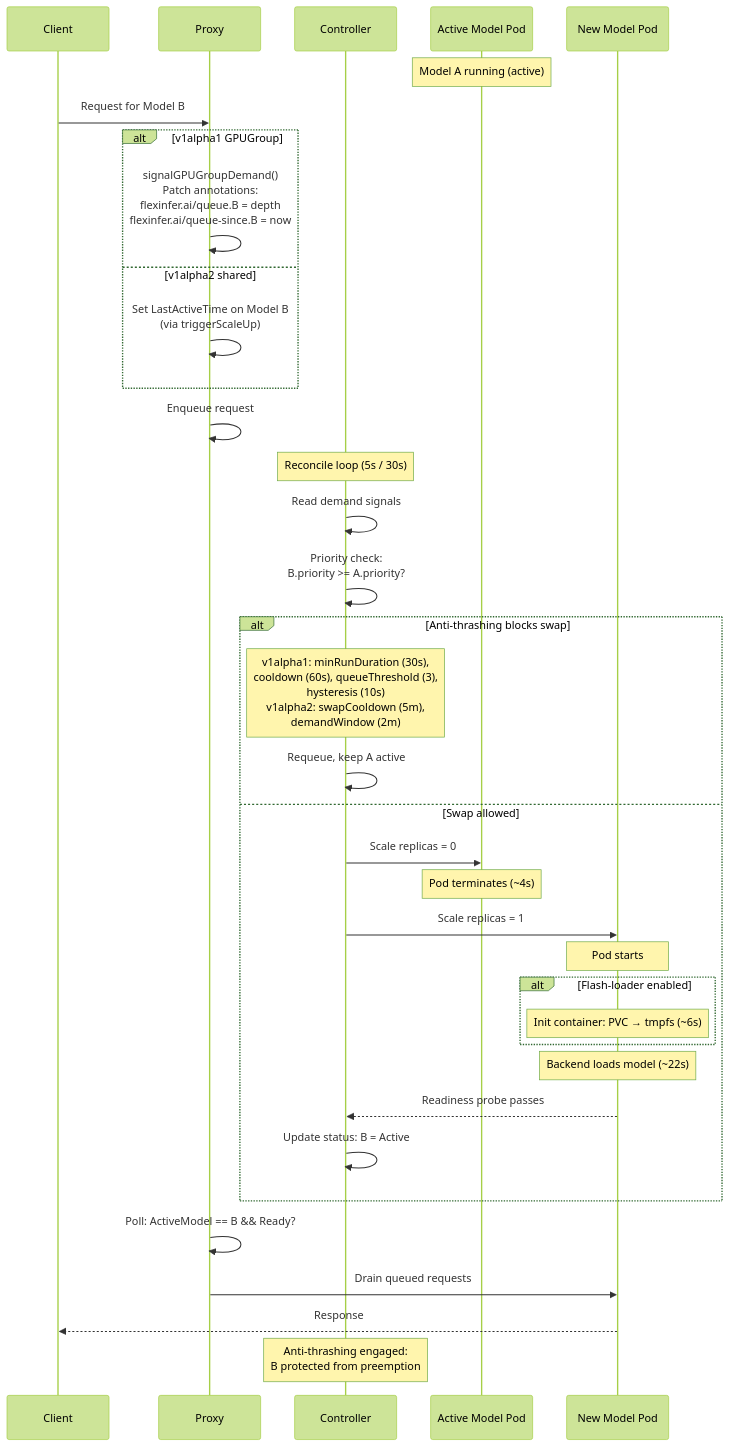
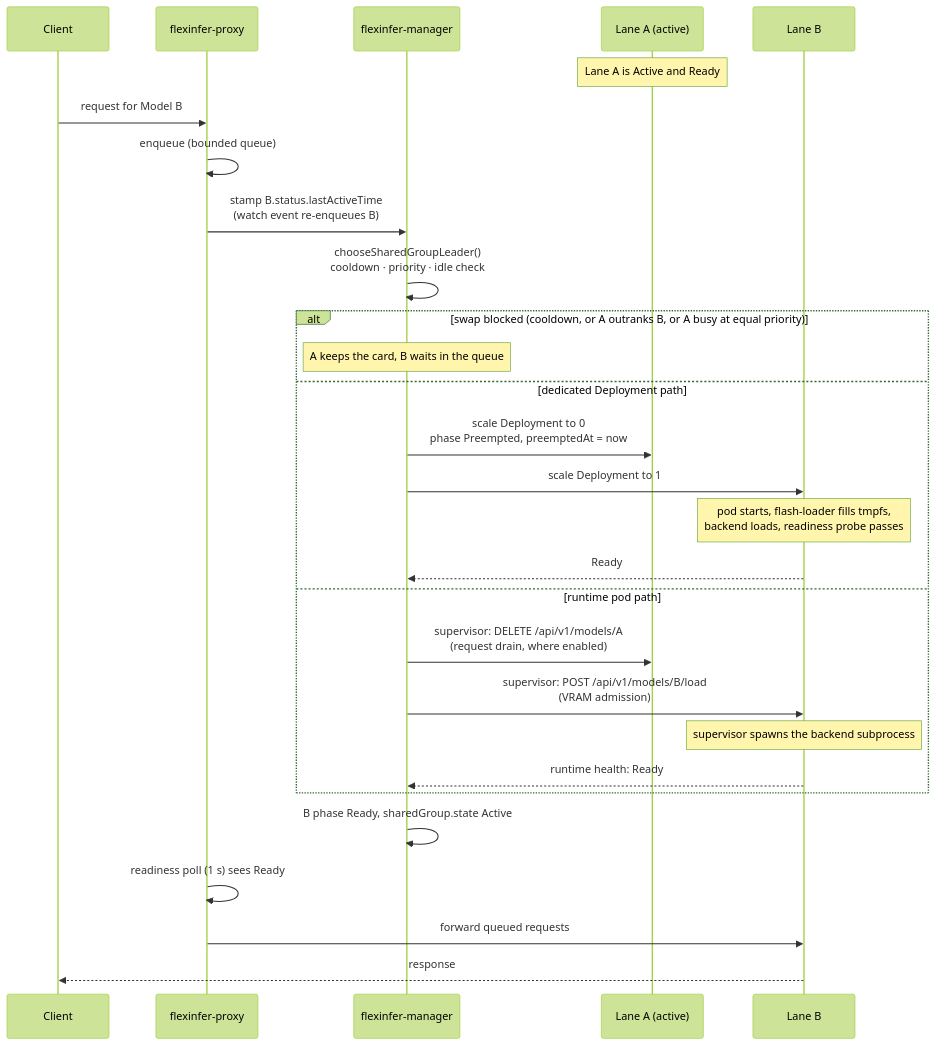
One commit to flexinfer/flexinfer changed the fifth of 7 diagrams in docs/dev/architecture.md. Above: the diagram before and after it, drawn with Mermaid (forest theme). The commit also changed other lines of this file and 7 other files, not shown here.

````diff
--- a/docs/dev/architecture.md
+++ b/docs/dev/architecture.md
@@ -260,48 +284,33 @@
 ```mermaid
 sequenceDiagram
     participant C as Client
-    participant P as Proxy
-    participant Ctrl as Controller
-    participant A as Active Model Pod
-    participant N as New Model Pod
+    participant P as flexinfer-proxy
+    participant Ctrl as flexinfer-manager
+    participant A as Lane A (active)
+    participant B as Lane B
 
-    Note over A: Model A running (active)
-    C->>P: Request for Model B
+    Note over A: Lane A is Active and Ready
+    C->>P: request for Model B
+    P->>P: enqueue (bounded queue)
+    P->>Ctrl: stamp B.status.lastActiveTime<br/>(watch event re-enqueues B)
+    Ctrl->>Ctrl: chooseSharedGroupLeader()<br/>cooldown · priority · idle check
 
-    alt v1alpha1 GPUGroup
-        P->>P: signalGPUGroupDemand()<br/>Patch annotations:<br/>flexinfer.ai/queue.B = depth<br/>flexinfer.ai/queue-since.B = now
-    else v1alpha2 shared
-        P->>P: Set LastActiveTime on Model B<br/>(via triggerScaleUp)
+    alt swap blocked (cooldown, or A outranks B, or A busy at equal priority)
+        Note over Ctrl: A keeps the card, B waits in the queue
+    else dedicated Deployment path
+        Ctrl->>A: scale Deployment to 0<br/>phase Preempted, preemptedAt = now
+        Ctrl->>B: scale Deployment to 1
+        Note over B: pod starts, flash-loader fills tmpfs,<br/>backend loads, readiness probe passes
+        B-->>Ctrl: Ready
+    else runtime pod path
+        Ctrl->>A: supervisor: DELETE /api/v1/models/A<br/>(request drain, where enabled)
+        Ctrl->>B: supervisor: POST /api/v1/models/B/load<br/>(VRAM admission)
+        Note over B: supervisor spawns the backend subprocess
+        B-->>Ctrl: runtime health: Ready
     end
 
-    P->>P: Enqueue request
-
-    Note over Ctrl: Reconcile loop (5s / 30s)
-    Ctrl->>Ctrl: Read demand signals
-    Ctrl->>Ctrl: Priority check:<br/>B.priority >= A.priority?
-
-    alt Anti-thrashing blocks swap
-        Note over Ctrl: v1alpha1: minRunDuration (30s),<br/>cooldown (60s), queueThreshold (3),<br/>hysteresis (10s)<br/>v1alpha2: swapCooldown (5m),<br/>demandWindow (2m)
-        Ctrl->>Ctrl: Requeue, keep A active
-    else Swap allowed
-        Ctrl->>A: Scale replicas = 0
-        Note over A: Pod terminates (~4s)
-
-        Ctrl->>N: Scale replicas = 1
-        Note over N: Pod starts
-
-        alt Flash-loader enabled
-            Note over N: Init container: PVC → tmpfs (~6s)
-        end
-
-        Note over N: Backend loads model (~22s)
-        N-->>Ctrl: Readiness probe passes
-        Ctrl->>Ctrl: Update status: B = Active
-    end
-
-    P->>P: Poll: ActiveModel == B && Ready?
-    P->>N: Drain queued requests
-    N-->>C: Response
-
-    Note over Ctrl: Anti-thrashing engaged:<br/>B protected from preemption
+    Ctrl->>Ctrl: B phase Ready, sharedGroup.state Active
+    P->>P: readiness poll (1 s) sees Ready
+    P->>B: forward queued requests
+    B-->>C: response
 ```
````
